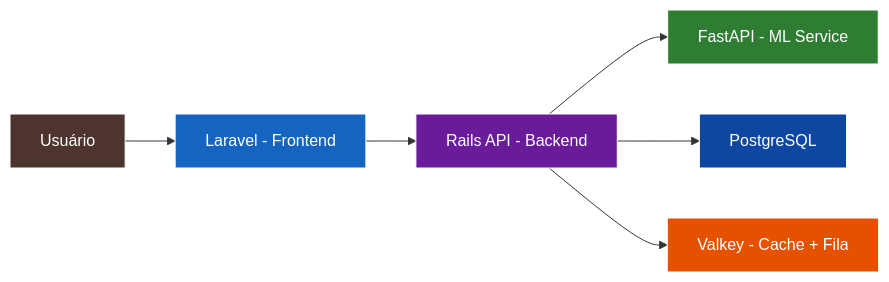
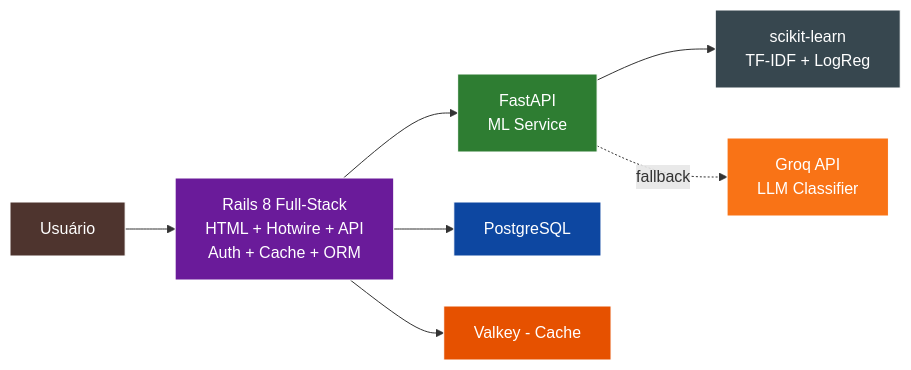
Before and after one commit to DessimA/tech-mind: the diagram in README.md, drawn with Mermaid. The commit also changed other lines of this file and 115 other files, not shown here.

Commit message:
refactor(web): namespace Web:: and Api:: to separate frontend/backend layers

````diff
--- a/README.md
+++ b/README.md
@@ -22,15 +21,17 @@
 ```mermaid
 flowchart LR
-    A[Usuário] --> B[Laravel - Frontend]
-    B --> C[Rails API - Backend]
-    C --> D[FastAPI - ML Service]
-    C --> E[PostgreSQL]
-    C --> F[Valkey - Cache + Fila]
+    A[Usuário] --> B["Rails 8 Full-Stack<br/>HTML + Hotwire + API<br/>Auth + Cache + ORM"]
+    B --> C["FastAPI<br/>ML Service"]
+    C --> D[scikit-learn<br/>TF-IDF + LogReg]
+    C -.->|fallback| E[Groq API<br/>LLM Classifier]
+    B --> F[PostgreSQL]
+    B --> G[Valkey - Cache]
 
     style A fill:#4E342E,color:#fff,stroke:#fff
-    style B fill:#1565C0,color:#fff,stroke:#fff
-    style C fill:#6A1B9A,color:#fff,stroke:#fff
-    style D fill:#2E7D32,color:#fff,stroke:#fff
-    style E fill:#0D47A1,color:#fff,stroke:#fff
-    style F fill:#E65100,color:#fff,stroke:#fff
+    style B fill:#6A1B9A,color:#fff,stroke:#fff
+    style C fill:#2E7D32,color:#fff,stroke:#fff
+    style D fill:#37474F,color:#fff,stroke:#fff
+    style E fill:#F97316,color:#fff,stroke:#fff
+    style F fill:#0D47A1,color:#fff,stroke:#fff
+    style G fill:#E65100,color:#fff,stroke:#fff
 ```
````
